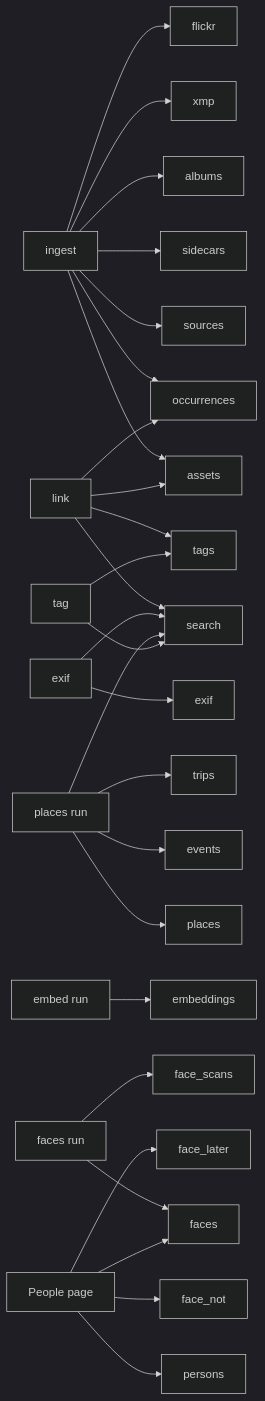
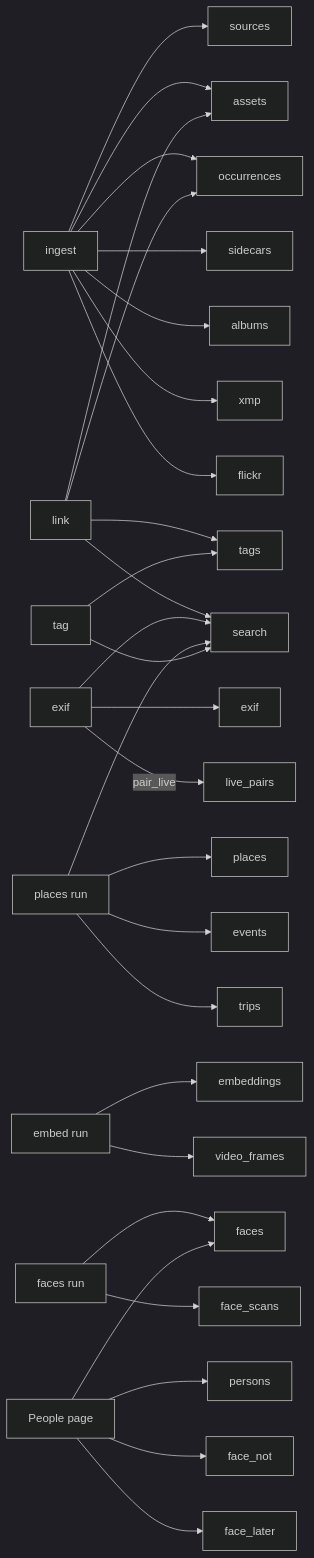
The third of 3 diagrams in docs/book/05-catalog.md (jflam/photo-estate), drawn with Mermaid (dark theme) before and after one commit. The commit also changed other lines of this file and 19 other files, not shown here.

````diff
--- a/docs/book/05-catalog.md
+++ b/docs/book/05-catalog.md
@@ -224,17 +240,18 @@
 ```mermaid
 flowchart LR
     ING[ingest] --> sources & assets & occurrences & sidecars & albums & xmp & flickr
     LNK[link] --> assets
     LNK --> occurrences
     LNK --> tags
     LNK --> search
     EXF[exif] --> exif
     EXF --> search
+    EXF -->|"pair_live"| live_pairs
     PLC[places run] --> places & events & trips
     PLC --> search
     TAG[tag] --> tags
     TAG --> search
-    EMB[embed run] --> embeddings
+    EMB[embed run] --> embeddings & video_frames
     FAC[faces run] --> faces & face_scans
     PPL["People page"] --> persons & faces & face_not & face_later
 ```
````
